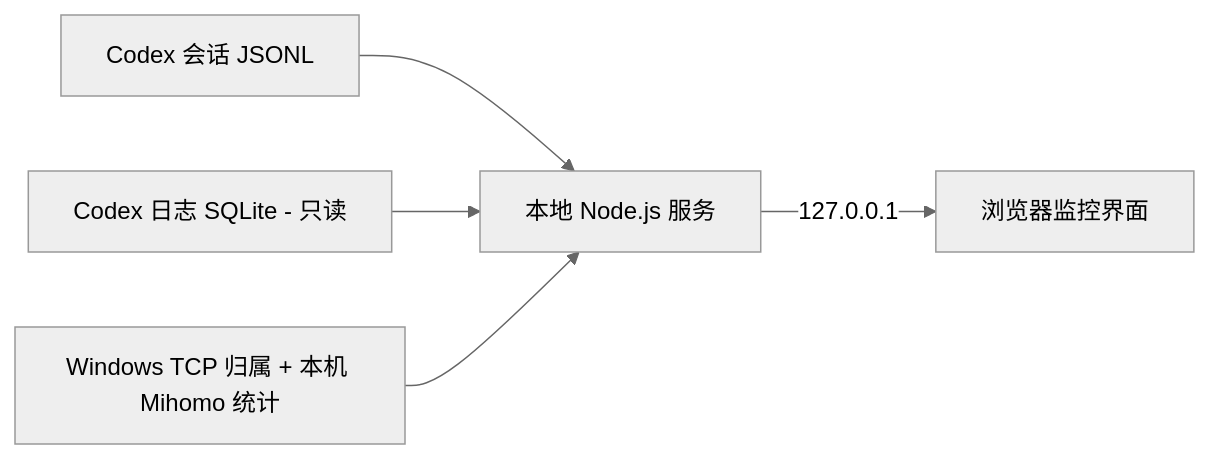
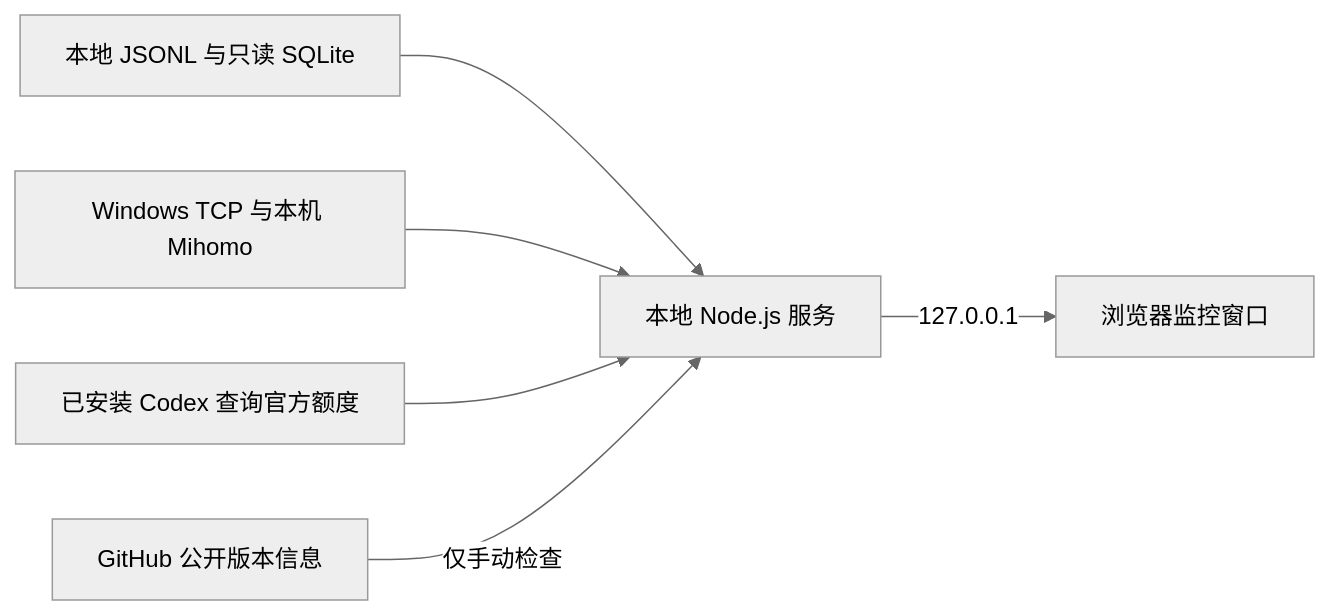
The diagram in README.zh-CN.md (ClencyX/codex-runtime-monitor), drawn with Mermaid (neutral theme) before and after one commit. The commit also changed other lines of this file and 37 other files, not shown here.

````diff
--- a/README.zh-CN.md
+++ b/README.zh-CN.md
@@ -122,7 +150,8 @@
 ```mermaid
 flowchart LR
-    A[Codex 会话 JSONL] --> D[本地 Node.js 服务]
-    B[Codex 日志 SQLite - 只读] --> D
-    C[Windows TCP 归属 + 本机 Mihomo 统计] --> D
-    D -->|127.0.0.1| E[浏览器监控界面]
+    A[本地 JSONL 与只读 SQLite] --> D[本地 Node.js 服务]
+    B[Windows TCP 与本机 Mihomo] --> D
+    C[已安装 Codex 查询官方额度] --> D
+    G[GitHub 公开版本信息] -->|仅手动检查| D
+    D -->|127.0.0.1| E[浏览器监控窗口]
 ```
````
